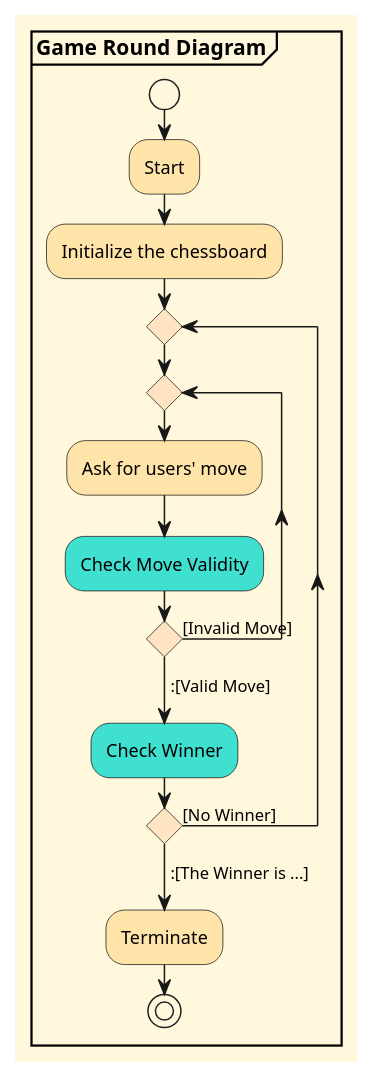
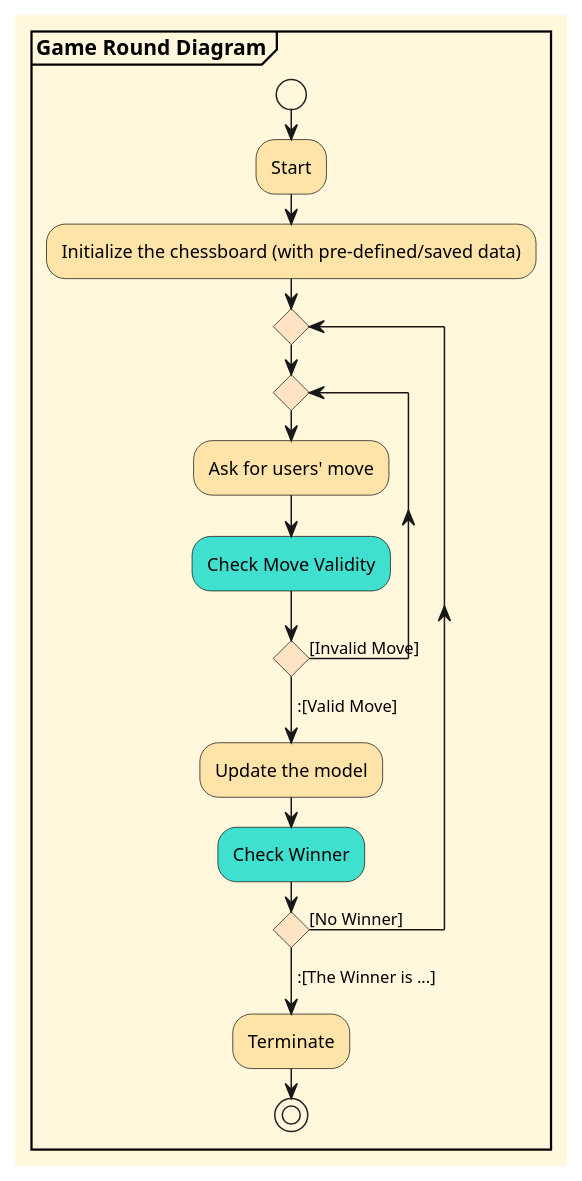
The diagram in src/main/UML/Game Round Diagram.puml (Edo-kawa/SE-Project), drawn with PlantUML before and after one commit. The commit also changed 3 other files, not shown here.

Commit message:
Update the diagrams

```diff
--- a/src/main/UML/Game Round Diagram.puml
+++ b/src/main/UML/Game Round Diagram.puml
@@ -1,34 +1,35 @@
 @startuml
 'https://plantuml.com/activity-diagram-beta
 
 partition "**Game Round Diagram**"
 
 <style>
 activityDiagram {
   BackgroundColor #FFF8DC
   BorderColor #FFFFFF
 
   diamond {
     BackgroundColor #FFE4C4
   }
 }
 </style>
 
 start
 #FFE4AA:Start;
-#FFE4AA:Initialize the chessboard;
+#FFE4AA:Initialize the chessboard (with pre-defined/saved data);
 
 repeat
 repeat
 #FFE4AA:Ask for users' move;
 #40E0D0:Check Move Validity;
 repeat while () is ([Invalid Move])
 ->:[Valid Move];
+#FFE4AA:Update the model;
 #40E0D0:Check Winner;
 repeat while () is ([No Winner])
 ->:[The Winner is ...];
 #FFE4AA:Terminate;
 
 stop
 
 @enduml
```
